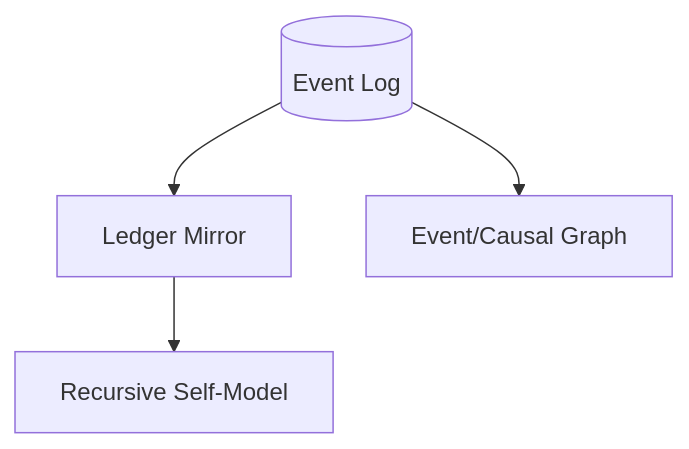
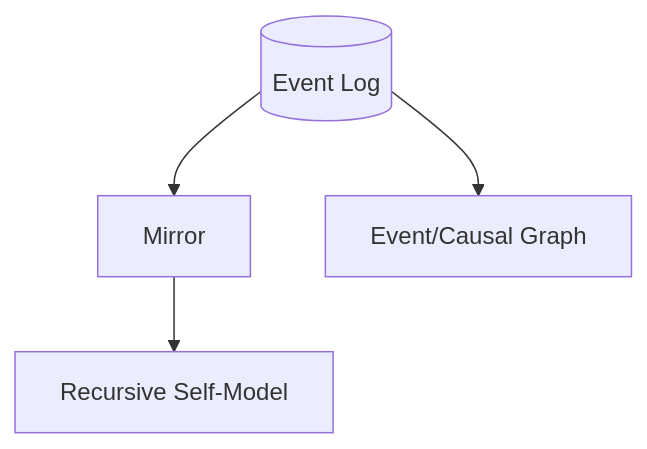
One commit to scottonanski/persistent-mind-model-v1.0 changed the third of 3 diagrams in docs/02-ARCHITECTURE.md. Above: the diagram before and after it, drawn with Mermaid. The commit also changed other lines of this file and 22 other files, not shown here.

````diff
--- a/docs/02-ARCHITECTURE.md
+++ b/docs/02-ARCHITECTURE.md
@@ -195,6 +195,6 @@
 ```mermaid
 graph TD
-  EL[(Event Log)]-->LM[Ledger Mirror]
-  LM-->RSM[Recursive Self-Model]
+  EL[(Event Log)]-->M[Mirror]
+  M-->RSM[Recursive Self-Model]
   EL-->EG[Event/Causal Graph]
 ```
````
